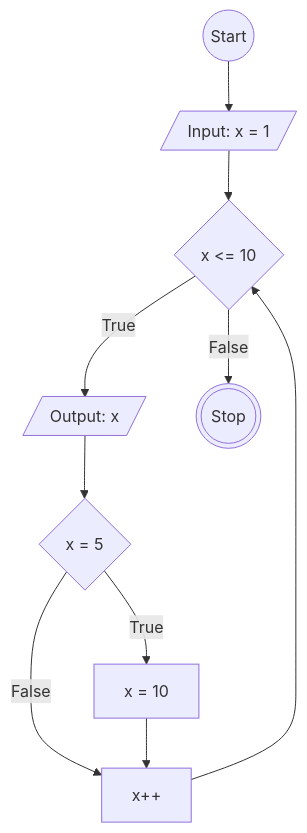
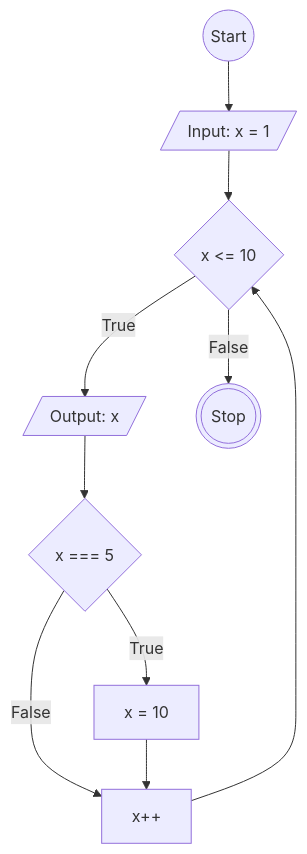
One commit to Vincentius31/koda-b6-javascript1 changed the diagram in flowchart-loop.md. Above: the diagram before and after it, drawn with Mermaid.

````diff
--- a/flowchart-loop.md
+++ b/flowchart-loop.md
@@ -1,19 +1,19 @@
 ```mermaid
 flowchart TD
 idStart((Start))
 idInisialisasi[/Input: x = 1/]
 idKondisi{x <= 10}
 idProses[/Output: x/]
-idKondisi2{x = 5}
+idKondisi2{x === 5}
 idKondisi2True[x = 10]
 idKondisi2False[x++]
 idStop(((Stop)))
 
 idStart --> idInisialisasi --> idKondisi
 idKondisi -- True --> idProses --> idKondisi2
 idKondisi -- False --> idStop
 idKondisi2 -- True --> idKondisi2True
 idKondisi2 -- False --> idKondisi2False
 idKondisi2False --> idKondisi
 idKondisi2True --> idKondisi2False
 ```
````
